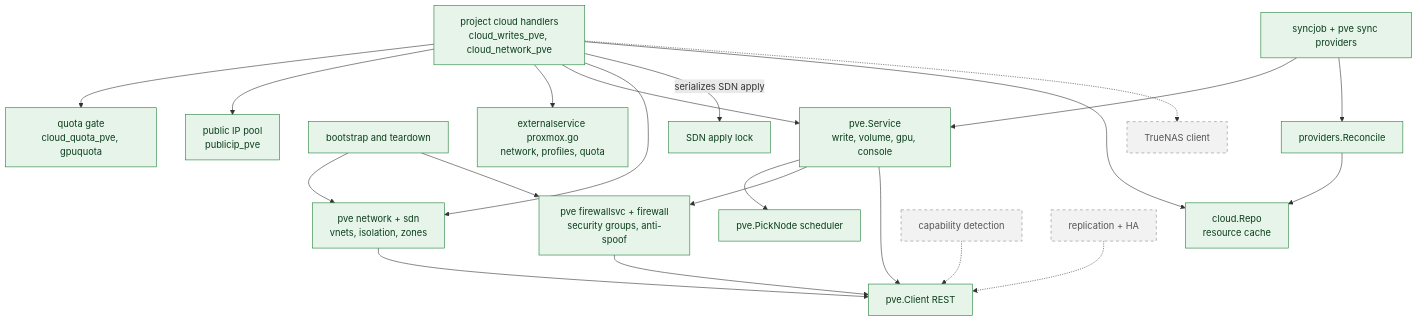
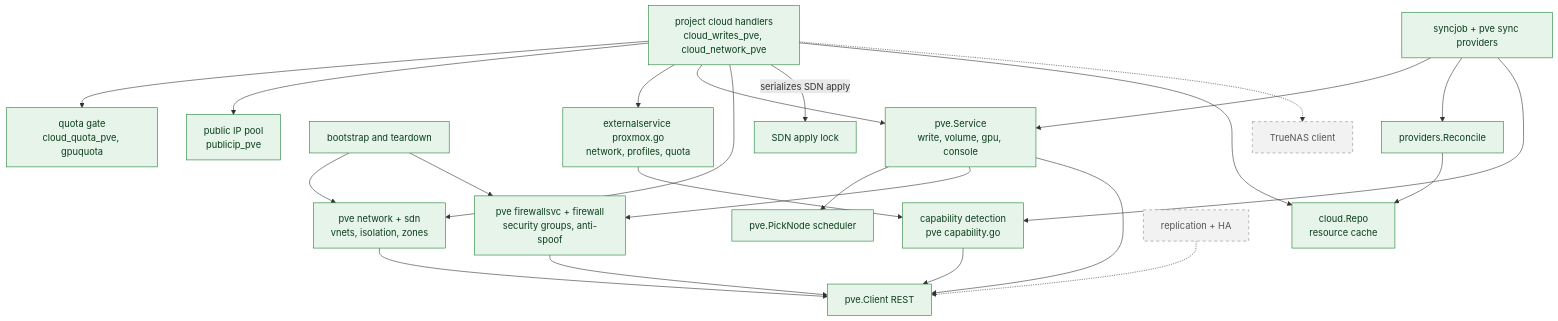
Before and after one commit to mutex-solutions/proxcloud: the second of 5 diagrams in docs/architecture/c4/c3-components.md, drawn with Mermaid. The commit also changed other lines of this file and 51 other files, not shown here.

````diff
--- a/docs/architecture/c4/c3-components.md
+++ b/docs/architecture/c4/c3-components.md
@@ -66,44 +66,46 @@
 ```mermaid
 flowchart TB
   classDef impl fill:#e6f4ea,stroke:#1e7e34,color:#0b3d1a
   classDef planned fill:#f2f2f2,stroke:#8a8a8a,stroke-dasharray:5 5,color:#555555
 
   ph["project cloud handlers<br/>cloud_writes_pve, cloud_network_pve"]:::impl
   quota["quota gate<br/>cloud_quota_pve, gpuquota"]:::impl
   pip["public IP pool<br/>publicip_pve"]:::impl
   lifecycle["bootstrap and teardown"]:::impl
   es["externalservice proxmox.go<br/>network, profiles, quota"]:::impl
   svc["pve.Service<br/>write, volume, gpu, console"]:::impl
   net["pve network + sdn<br/>vnets, isolation, zones"]:::impl
   fwsvc["pve firewallsvc + firewall<br/>security groups, anti-spoof"]:::impl
   sch["pve.PickNode scheduler"]:::impl
   cli["pve.Client REST"]:::impl
   sync["syncjob + pve sync providers"]:::impl
   recon["providers.Reconcile"]:::impl
   repo["cloud.Repo<br/>resource cache"]:::impl
   lock["SDN apply lock"]:::impl
-  cap["capability detection"]:::planned
+  cap["capability detection<br/>pve capability.go"]:::impl
   ha["replication + HA"]:::planned
   truenas["TrueNAS client"]:::planned
 
   ph --> quota
   ph --> pip
   ph --> es
   ph --> svc
   ph --> net
   ph -->|"serializes SDN apply"| lock
   lifecycle --> net
   lifecycle --> fwsvc
   svc --> sch
   svc --> fwsvc
   svc --> cli
   net --> cli
   fwsvc --> cli
   ph --> repo
   sync --> svc
   sync --> recon
   recon --> repo
-  cap -.-> cli
+  cap --> cli
+  sync --> cap
+  es --> cap
   ha -.-> cli
   ph -.-> truenas
 ```
````
